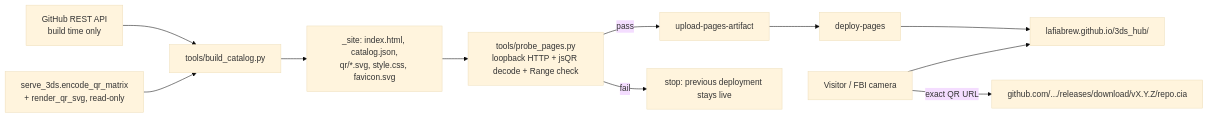
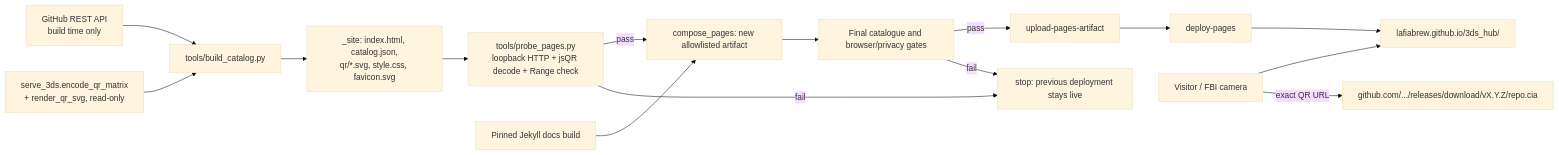
One commit to lafiabrew/3ds_hub changed the diagram in docs/INSTALL_FROM_HUB.md. Above: the diagram before and after it, drawn with Mermaid (base theme). The commit also changed other lines of this file and 18 other files, not shown here.

Commit message:
feat: compose audited docs with the release catalogue

````diff
--- a/docs/INSTALL_FROM_HUB.md
+++ b/docs/INSTALL_FROM_HUB.md
@@ -89,11 +80,15 @@
 ```mermaid
 flowchart LR
   API[GitHub REST API<br/>build time only] --> B[tools/build_catalog.py]
   ENC[serve_3ds.encode_qr_matrix<br/>+ render_qr_svg, read-only] --> B
   B --> S[_site: index.html, catalog.json,<br/>qr/*.svg, style.css, favicon.svg]
   S --> P[tools/probe_pages.py<br/>loopback HTTP + jsQR decode + Range check]
-  P -->|pass| U[upload-pages-artifact] --> D[deploy-pages] --> L[lafiabrew.github.io/3ds_hub/]
+  P -->|pass| C[compose_pages: new allowlisted artifact]
+  J[Pinned Jekyll docs build] --> C
+  C --> T[Final catalogue and browser/privacy gates]
+  T -->|pass| U[upload-pages-artifact] --> D[deploy-pages] --> L[lafiabrew.github.io/3ds_hub/]
   P -->|fail| X[stop: previous deployment stays live]
+  T -->|fail| X
   V[Visitor / FBI camera] --> L
   V -->|exact QR URL| R[github.com/.../releases/download/vX.Y.Z/repo.cia]
 ```
````
